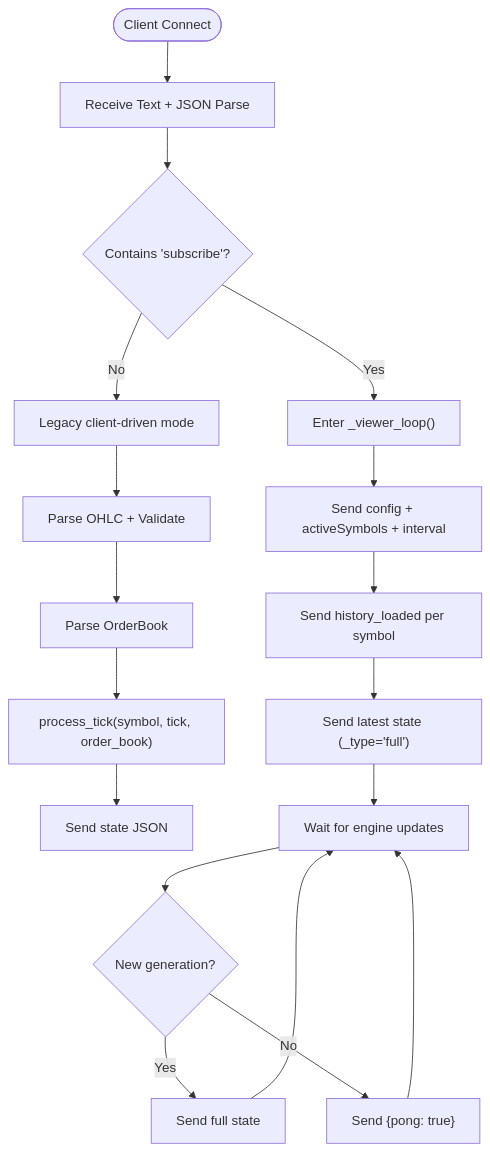
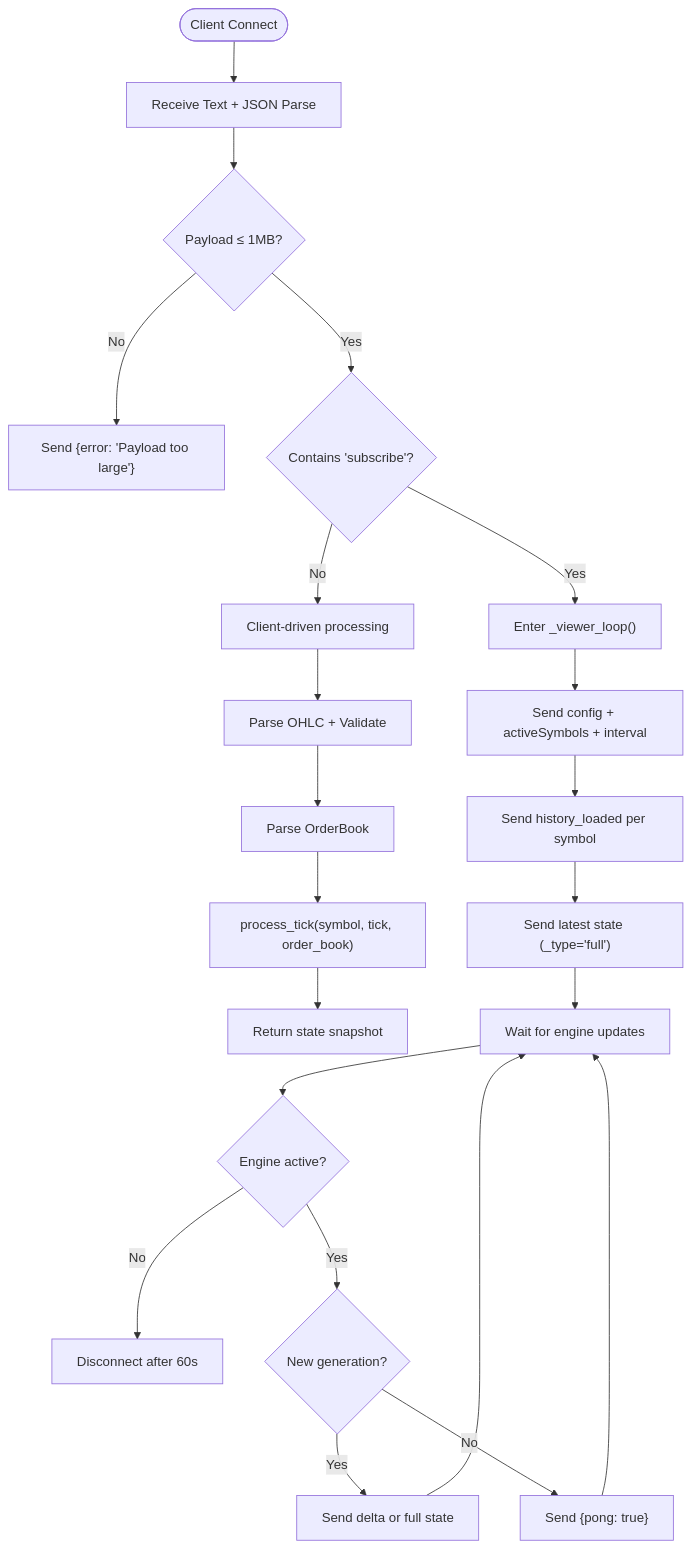
Before and after one commit to gemrajkhatry-maker/v5-of-glassytrade-ai: the third of 6 diagrams in .qoder/repowiki/en/content/API Reference/WebSocket Interface.md, drawn with Mermaid. The commit also changed other lines of this file and 219 other files, not shown here.

First line of the commit message:
refactor: major architecture improvements across backend, backendv2, brokers, and frontend

````diff
--- a/.qoder/repowiki/en/content/API Reference/WebSocket Interface.md
+++ b/.qoder/repowiki/en/content/API Reference/WebSocket Interface.md
@@ -105,20 +135,24 @@
 ```mermaid
 flowchart TD
 Start(["Client Connect"]) --> Parse["Receive Text + JSON Parse"]
-Parse --> IsSubscribe{"Contains 'subscribe'?"}
-IsSubscribe -- Yes --> Viewer["Enter _viewer_loop()"]
-IsSubscribe -- No --> Legacy["Legacy client-driven mode"]
-Legacy --> Tick["Parse OHLC + Validate"]
-Tick --> OB["Parse OrderBook"]
-OB --> Process["process_tick(symbol, tick, order_book)"]
-Process --> Respond["Send state JSON"]
-Viewer --> Config["Send config + activeSymbols + interval"]
+Parse --> SizeCheck{"Payload ≤ 1MB?"}
+SizeCheck -- No --> Reject["Send {error: 'Payload too large'}"]
+SizeCheck -- Yes --> IsSubscribe{"Contains 'subscribe'?"}
+IsSubscribe -- Yes --> ServerMode["Enter _viewer_loop()"]
+IsSubscribe -- No --> ClientMode["Client-driven processing"]
+ClientMode --> ParseTick["Parse OHLC + Validate"]
+ParseTick --> ParseOB["Parse OrderBook"]
+ParseOB --> Process["process_tick(symbol, tick, order_book)"]
+Process --> ReturnState["Return state snapshot"]
+ServerMode --> Config["Send config + activeSymbols + interval"]
 Config --> History["Send history_loaded per symbol"]
 History --> Snapshot["Send latest state (_type='full')"]
 Snapshot --> Poll["Wait for engine updates"]
-Poll --> Update{"New generation?"}
-Update -- Yes --> SendFull["Send full state"]
+Poll --> StaleCheck{"Engine active?"}
+StaleCheck -- No --> Disconnect["Disconnect after 60s"]
+StaleCheck -- Yes --> Update{"New generation?"}
+Update -- Yes --> SendDelta["Send delta or full state"]
 Update -- No --> Pong["Send {pong: true}"]
-SendFull --> Poll
+SendDelta --> Poll
 Pong --> Poll
 ```
````
